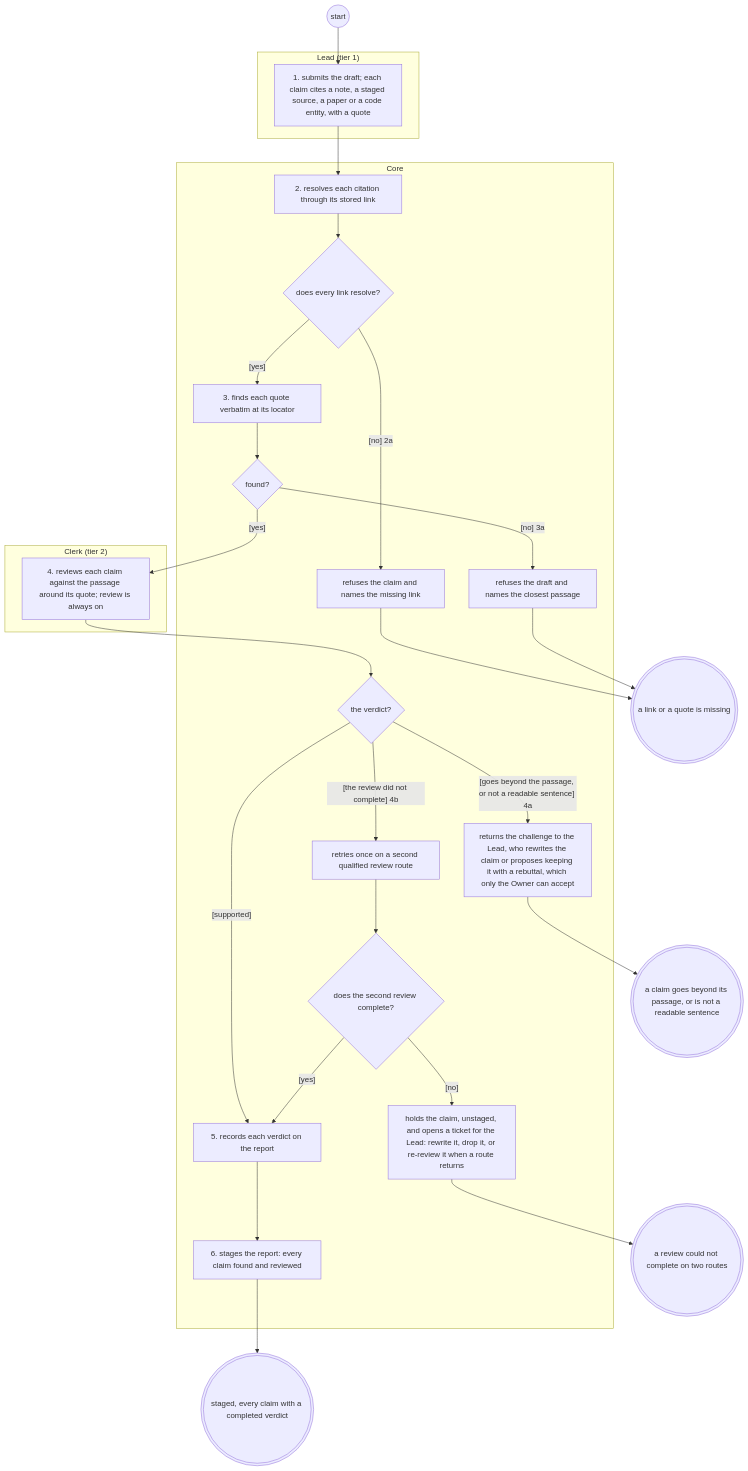
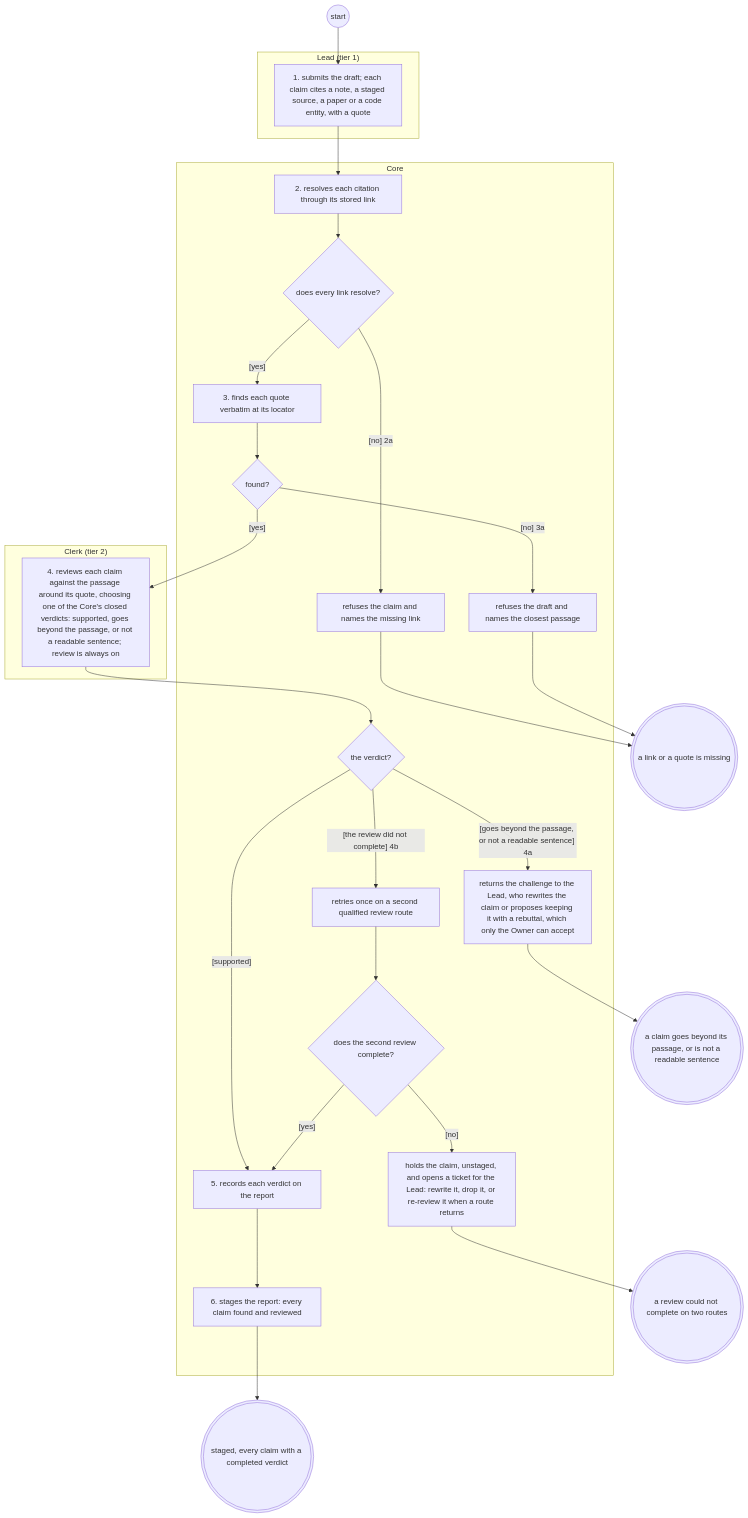
Before and after one commit to Jake36999/Librarian_V2: the diagram in reports/2026-11-25-systems-analysis-finalisation/librarian/to-be/views/verify-claims.views.md, drawn with Mermaid. The commit also changed other lines of this file and 19 other files, not shown here.

````diff
--- a/reports/2026-11-25-systems-analysis-finalisation/librarian/to-be/views/verify-claims.views.md
+++ b/reports/2026-11-25-systems-analysis-finalisation/librarian/to-be/views/verify-claims.views.md
@@ -58,51 +58,51 @@
 ```mermaid
 flowchart TD
   subgraph Lead_tier_1_["Lead (tier 1)"]
     submit["1. submits the draft; each claim cites a note, a staged source, a paper or a code entity, with a quote"]
   end
   subgraph Core["Core"]
     resolve["2. resolves each citation through its stored link"]
     dlink{"does every link resolve?"}
     nolink["refuses the claim and names the missing link"]
     quote["3. finds each quote verbatim at its locator"]
     dquote{"found?"}
     closest["refuses the draft and names the closest passage"]
     dverdict{"the verdict?"}
     retry["retries once on a second qualified review route"]
     dretry{"does the second review complete?"}
     hold["holds the claim, unstaged, and opens a ticket for the Lead: rewrite it, drop it, or re-review it when a route returns"]
     challenge["returns the challenge to the Lead, who rewrites the claim or proposes keeping it with a rebuttal, which only the Owner can accept"]
     record["5. records each verdict on the report"]
     stage["6. stages the report: every claim found and reviewed"]
   end
   subgraph Clerk_tier_2_["Clerk (tier 2)"]
-    review["4. reviews each claim against the passage around its quote; review is always on"]
+    review["4. reviews each claim against the passage around its quote, choosing one of the Core's closed verdicts: supported, goes beyond the passage, or not a readable sentence; review is always on"]
   end
   s(("start"))
   e1((("staged, every claim with a completed verdict")))
   e_challenged((("a claim goes beyond its passage, or is not a readable sentence")))
   e_refused((("a link or a quote is missing")))
   e_held((("a review could not complete on two routes")))
   s --> submit
   submit --> resolve
   resolve --> dlink
   dlink -->|"[yes]"| quote
   dlink -->|"[no] 2a"| nolink
   nolink --> e_refused
   quote --> dquote
   dquote -->|"[yes]"| review
   dquote -->|"[no] 3a"| closest
   closest --> e_refused
   review --> dverdict
   dverdict -->|"[supported]"| record
   dverdict -->|"[goes beyond the passage, or not a readable sentence] 4a"| challenge
   dverdict -->|"[the review did not complete] 4b"| retry
   retry --> dretry
   dretry -->|"[yes]"| record
   dretry -->|"[no]"| hold
   hold --> e_held
   challenge --> e_challenged
   record --> stage
   stage --> e1
   classDef ext stroke:#d9534f,stroke-width:2px
 ```
````
